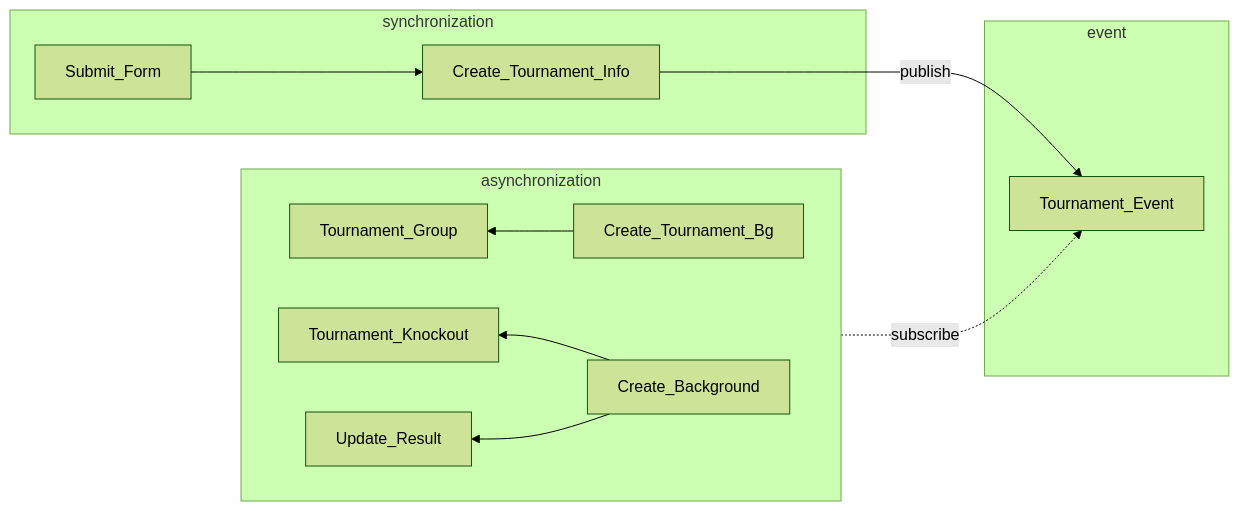
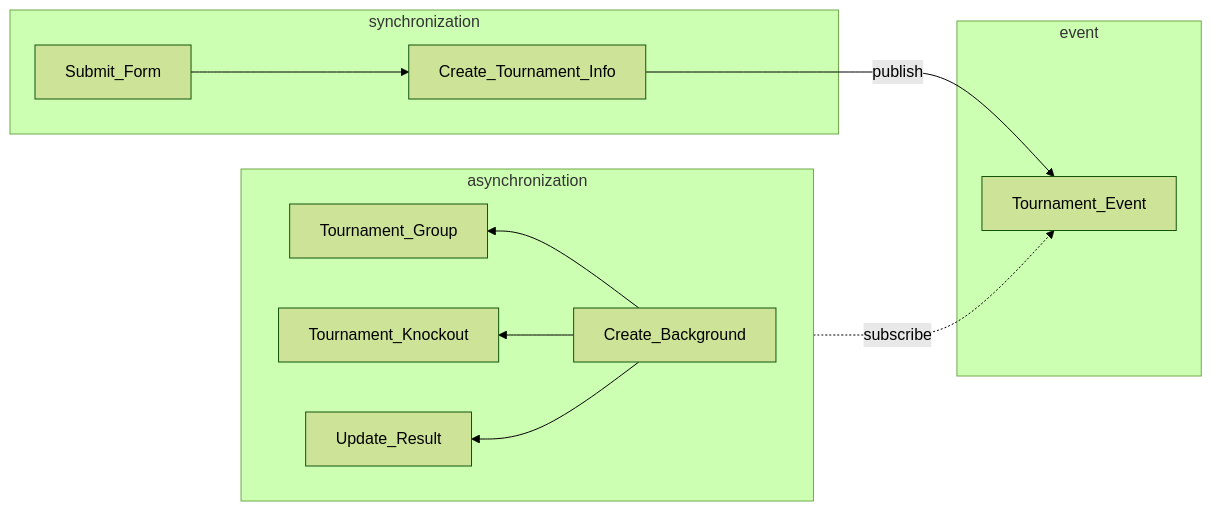
The seventh of 8 diagrams in README.md (tonglam/fpl-public), drawn with Mermaid (forest theme) before and after one commit.

````diff
--- a/README.md
+++ b/README.md
@@ -547,17 +547,17 @@
 ```mermaid
 graph LR
     subgraph A[synchronization]
     Submit_Form --> Create_Tournament_Info
     end
     subgraph B[event]
     Tournament_Event
     end
     subgraph C[asynchronization]
     direction RL
     Create_Tournament_Info -- publish --> Tournament_Event
     Create_Background -. subscribe .-> Tournament_Event
-    Create_Tournament_Bg --> Tournament_Group
+    Create_Background --> Tournament_Group
     Create_Background --> Tournament_Knockout
     Create_Background --> Update_Result
     end
 ```
````
